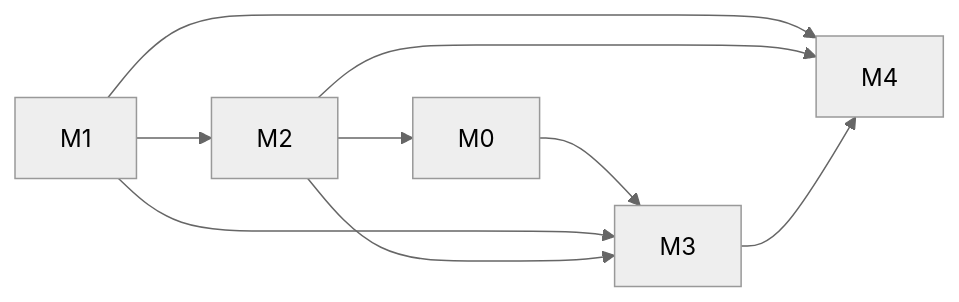
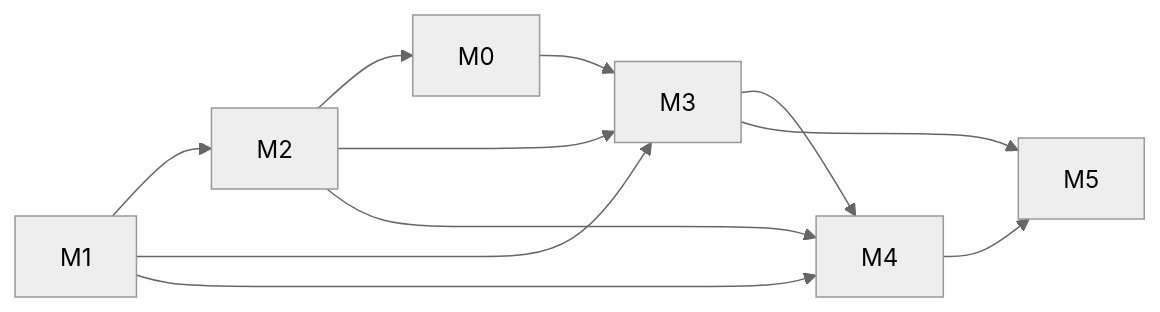
Before and after one commit to MohamedGamil/MapX: the diagram in docs/baton/DEPENDENCIES.md, drawn with Mermaid (neutral theme). The commit also changed other lines of this file and 21 other files, not shown here.

Commit message:
feat: add M5 milestone for Deptrac-inspired architecture rules

````diff
--- a/docs/baton/DEPENDENCIES.md
+++ b/docs/baton/DEPENDENCIES.md
@@ -5,11 +5,13 @@
 ```mermaid
 flowchart LR
   M1 --> M2
   M2 --> M0
   M0 --> M3
   M1 --> M3
   M2 --> M3
   M1 --> M4
   M2 --> M4
   M3 --> M4
+  M3 --> M5
+  M4 --> M5
 ```
````
